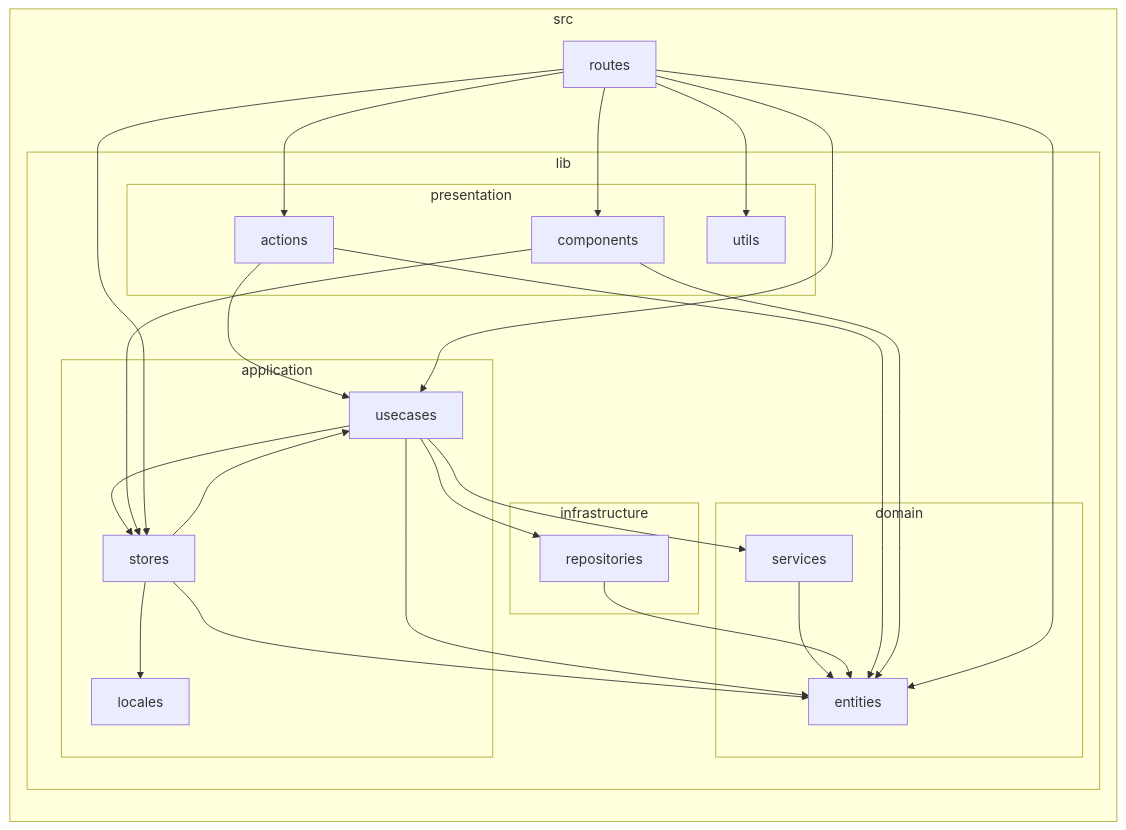
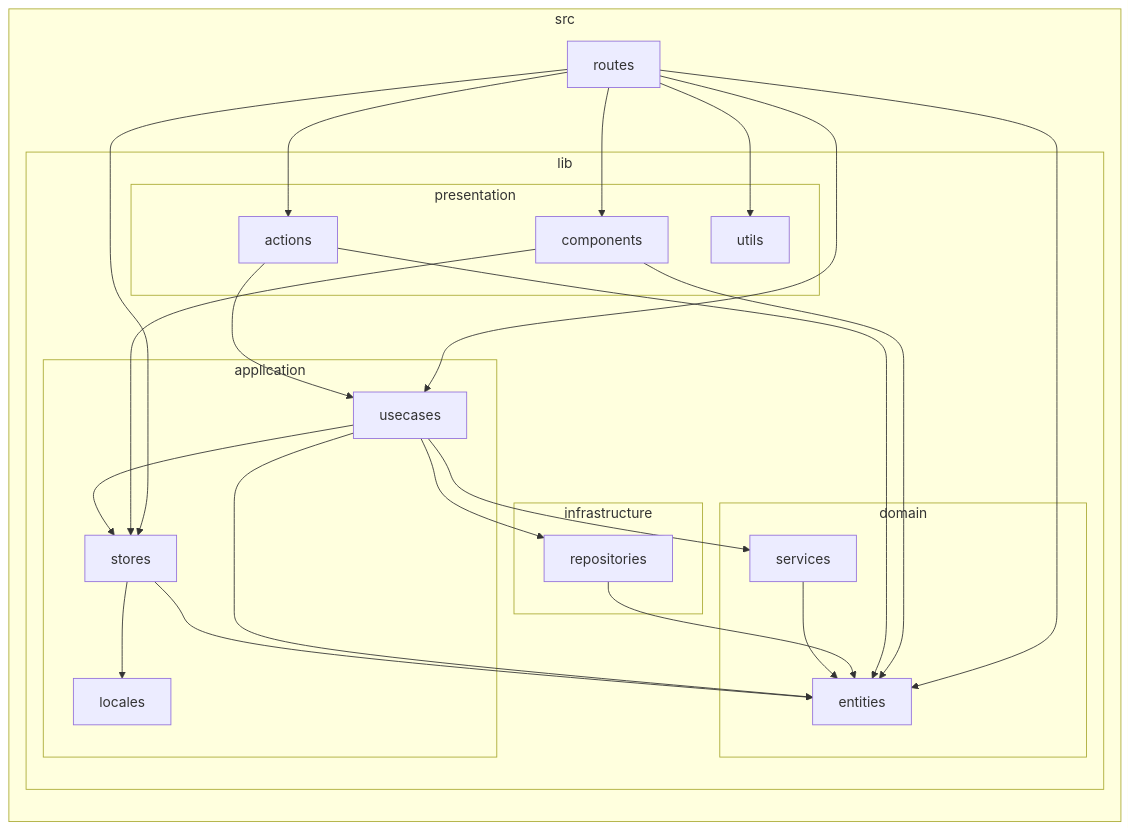
Before and after one commit to k5n/kotonoha: diagram 38 of 38 in doc/dependency-graph.md, drawn with Mermaid. The commit also changed other lines of this file and 6 other files, not shown here.

````diff
--- a/doc/dependency-graph.md
+++ b/doc/dependency-graph.md
@@ -1532,44 +1535,43 @@
 ```mermaid
 graph LR
         subgraph sg_src ["src"]
             src_routes["routes"]
             subgraph sg_src_lib ["lib"]
                 subgraph sg_src_lib_application ["application"]
                     src_lib_application_locales["locales"]
                     src_lib_application_stores["stores"]
                     src_lib_application_usecases["usecases"]
                 end
                 subgraph sg_src_lib_domain ["domain"]
                     src_lib_domain_entities["entities"]
                     src_lib_domain_services["services"]
                 end
                 subgraph sg_src_lib_infrastructure ["infrastructure"]
                     src_lib_infrastructure_repositories["repositories"]
                 end
                 subgraph sg_src_lib_presentation ["presentation"]
                     src_lib_presentation_actions["actions"]
                     src_lib_presentation_components["components"]
                     src_lib_presentation_utils["utils"]
                 end
             end
         end
     src_lib_application_stores --> src_lib_application_locales
-    src_lib_application_stores --> src_lib_application_usecases
     src_lib_application_stores --> src_lib_domain_entities
     src_lib_application_usecases --> src_lib_application_stores
     src_lib_application_usecases --> src_lib_domain_entities
     src_lib_application_usecases --> src_lib_domain_services
     src_lib_application_usecases --> src_lib_infrastructure_repositories
     src_lib_domain_services --> src_lib_domain_entities
     src_lib_infrastructure_repositories --> src_lib_domain_entities
     src_lib_presentation_actions --> src_lib_application_usecases
     src_lib_presentation_actions --> src_lib_domain_entities
     src_lib_presentation_components --> src_lib_application_stores
     src_lib_presentation_components --> src_lib_domain_entities
     src_routes --> src_lib_application_stores
     src_routes --> src_lib_application_usecases
     src_routes --> src_lib_domain_entities
     src_routes --> src_lib_presentation_actions
     src_routes --> src_lib_presentation_components
     src_routes --> src_lib_presentation_utils
 ```
````
